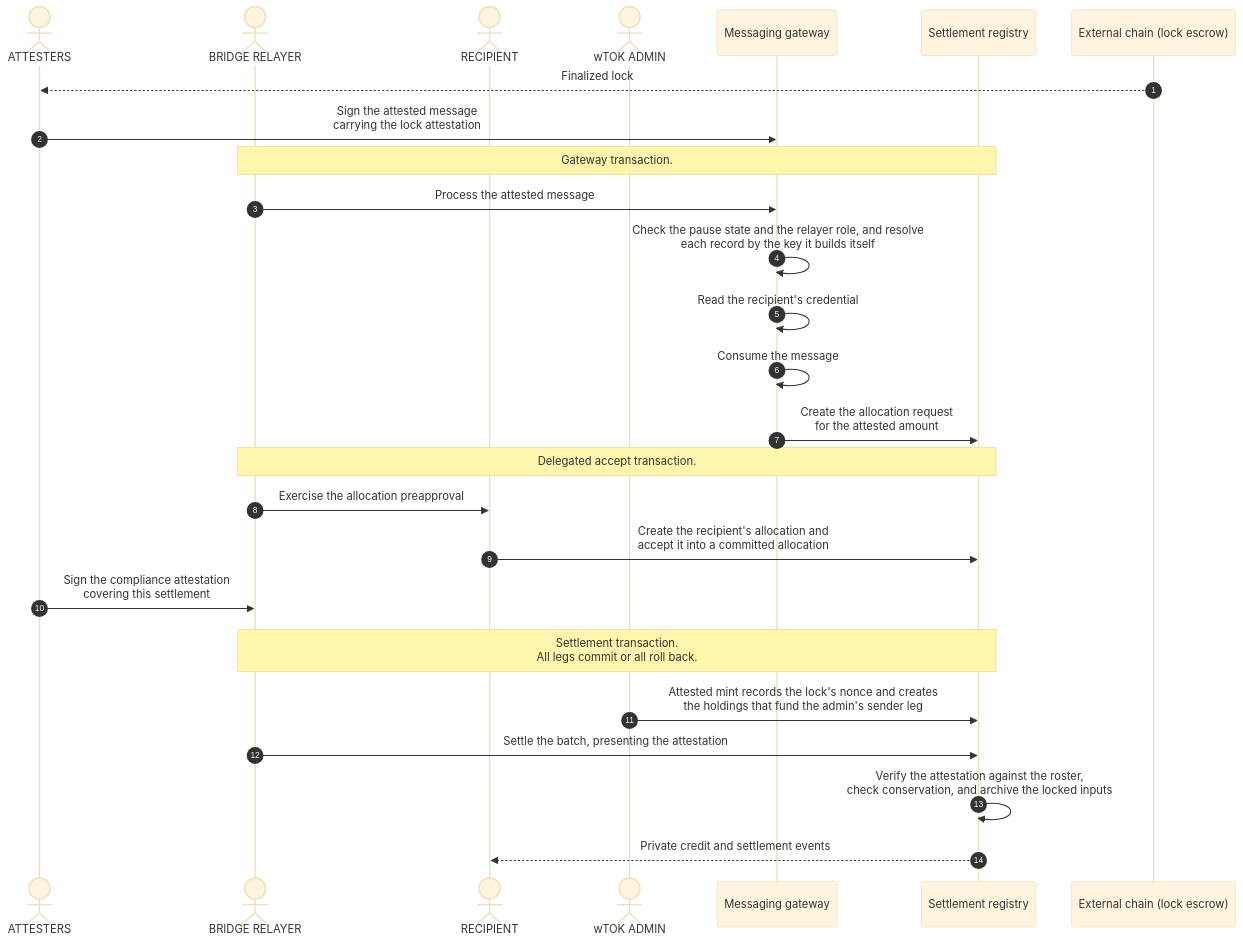
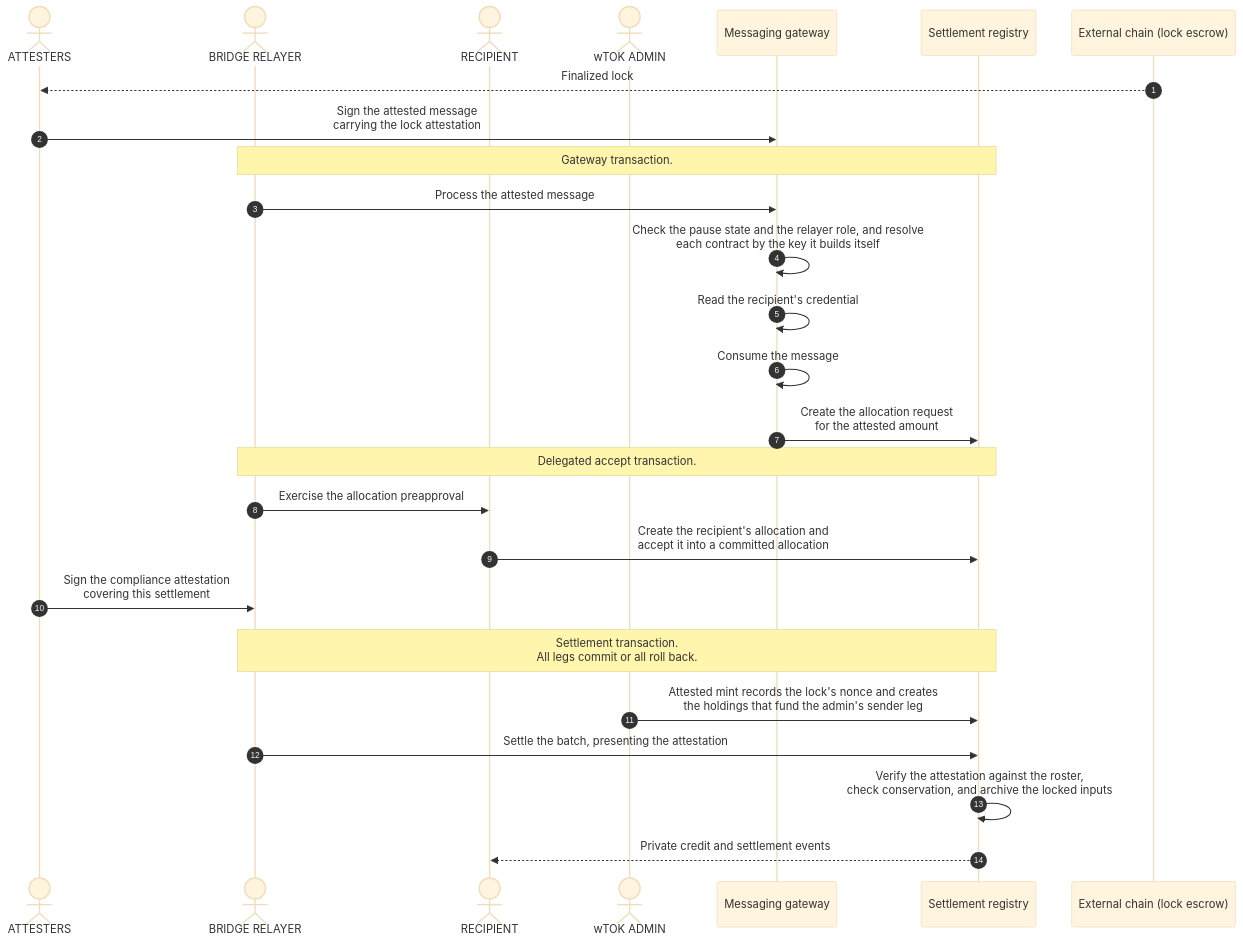
Before and after one commit to OpenZeppelin/canton-specs: the first of 4 diagrams in docs/reference-architectures/cross-chain-stablecoin.md, drawn with Mermaid (base theme). The commit also changed other lines of this file, not shown here.

First line of the commit message:
Use "contract" for the ledger object in the stablecoin RI

````diff
--- a/docs/reference-architectures/cross-chain-stablecoin.md
+++ b/docs/reference-architectures/cross-chain-stablecoin.md
@@ -296,31 +297,31 @@
 ```mermaid
 sequenceDiagram
     autonumber
     actor Attesters as ATTESTERS
     actor Relayer as BRIDGE RELAYER
     actor Recipient as RECIPIENT
     actor Admin as wTOK ADMIN
     participant App as Messaging gateway
     participant Registry as Settlement registry
     participant Chain as External chain (lock escrow)
 
     Chain-->>Attesters: Finalized lock
     Attesters->>App: Sign the attested message<br/>carrying the lock attestation
     Note over Relayer,Registry: Gateway transaction.
     Relayer->>App: Process the attested message
-    App->>App: Check the pause state and the relayer role, and resolve<br/>each record by the key it builds itself
+    App->>App: Check the pause state and the relayer role, and resolve<br/>each contract by the key it builds itself
     App->>App: Read the recipient's credential
     App->>App: Consume the message
     App->>Registry: Create the allocation request<br/>for the attested amount
     Note over Relayer,Registry: Delegated accept transaction.
     Relayer->>Recipient: Exercise the allocation preapproval
     Recipient->>Registry: Create the recipient's allocation and<br/>accept it into a committed allocation
     Attesters->>Relayer: Sign the compliance attestation<br/>covering this settlement
     rect rgba(255, 255, 255, .1)
         Note over Relayer,Registry: Settlement transaction.<br/>All legs commit or all roll back.
         Admin->>Registry: Attested mint records the lock's nonce and creates<br/>the holdings that fund the admin's sender leg
         Relayer->>Registry: Settle the batch, presenting the attestation
         Registry->>Registry: Verify the attestation against the roster,<br/>check conservation, and archive the locked inputs
         Registry-->>Recipient: Private credit and settlement events
     end
 ```
````
